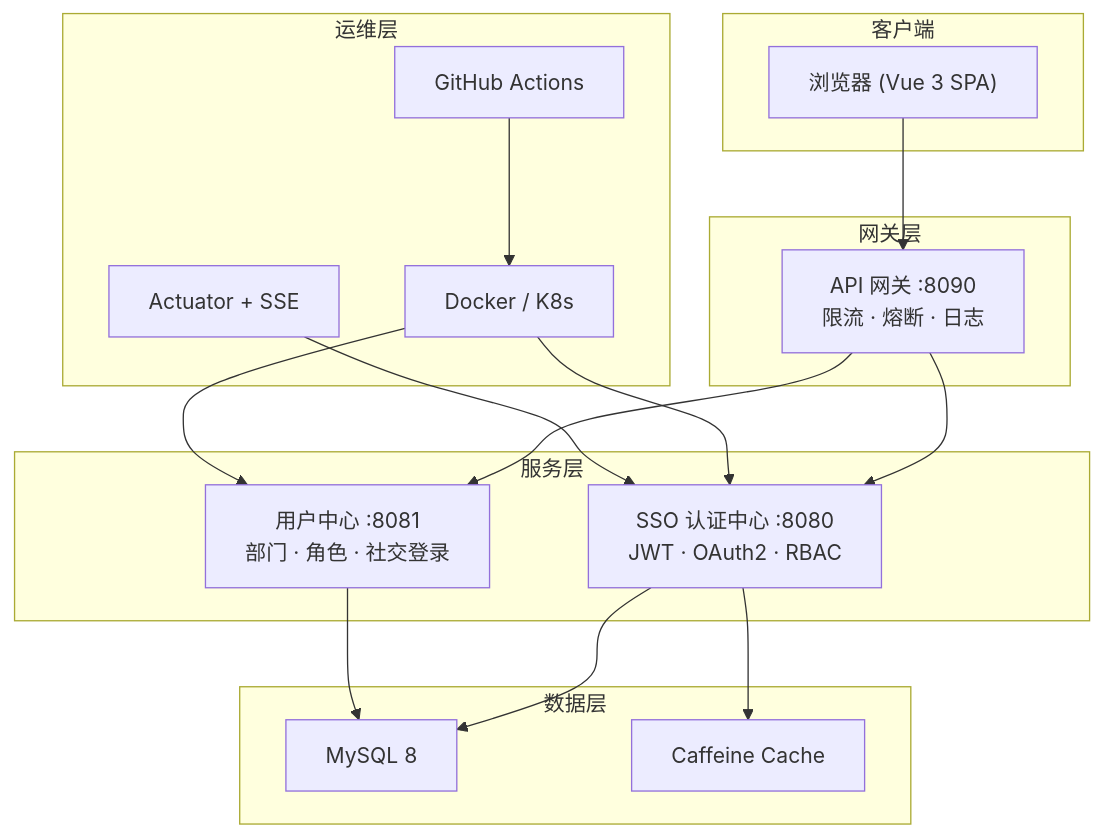
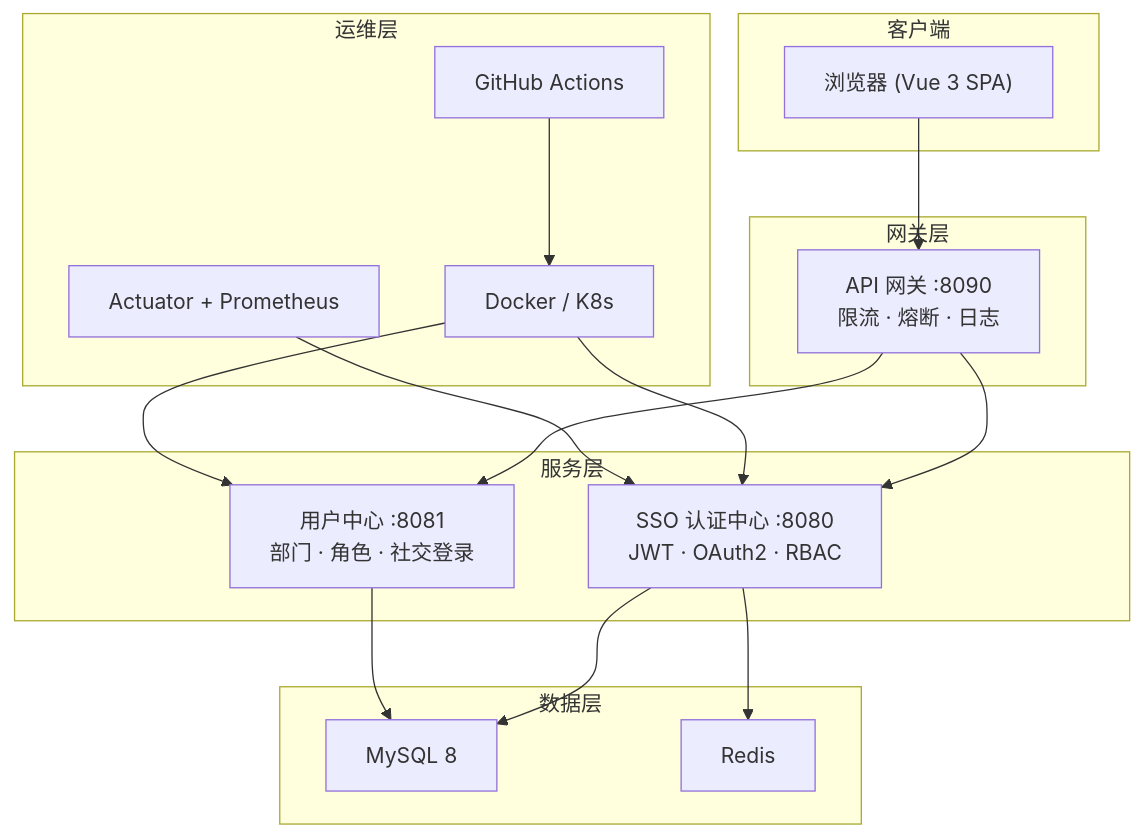
One commit to xyx11/yunxingcloud changed the diagram in yunxingcloud/README.md. Above: the diagram before and after it, drawn with Mermaid. The commit also changed other lines of this file and 2 other files, not shown here.

````diff
--- a/yunxingcloud/README.md
+++ b/yunxingcloud/README.md
@@ -37,37 +37,37 @@
 ```mermaid
 graph TB
     subgraph 客户端
         Browser["浏览器 (Vue 3 SPA)"]
     end
 
     subgraph 网关层
         Gateway["API 网关 :8090<br/>限流 · 熔断 · 日志"]
     end
 
     subgraph 服务层
         Core["SSO 认证中心 :8080<br/>JWT · OAuth2 · RBAC"]
         UC["用户中心 :8081<br/>部门 · 角色 · 社交登录"]
     end
 
     subgraph 数据层
         MySQL["MySQL 8"]
-        Cache["Caffeine Cache"]
+        Redis["Redis"]
     end
 
     subgraph 运维层
         Docker["Docker / K8s"]
         CI["GitHub Actions"]
-        Monitor["Actuator + SSE"]
+        Monitor["Actuator + Prometheus"]
     end
 
     Browser --> Gateway
     Gateway --> Core
     Gateway --> UC
     Core --> MySQL
+    Core --> Redis
     UC --> MySQL
-    Core --> Cache
     Docker --> Core
     Docker --> UC
     CI --> Docker
     Monitor --> Core
 ```
````
